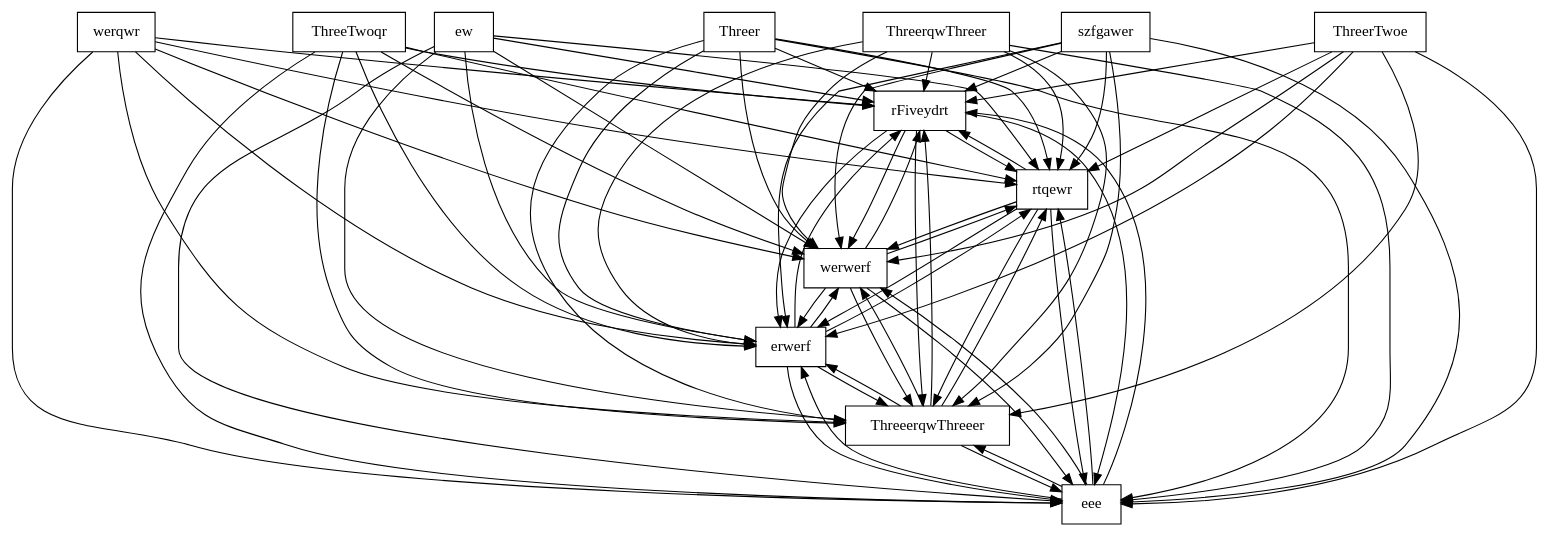
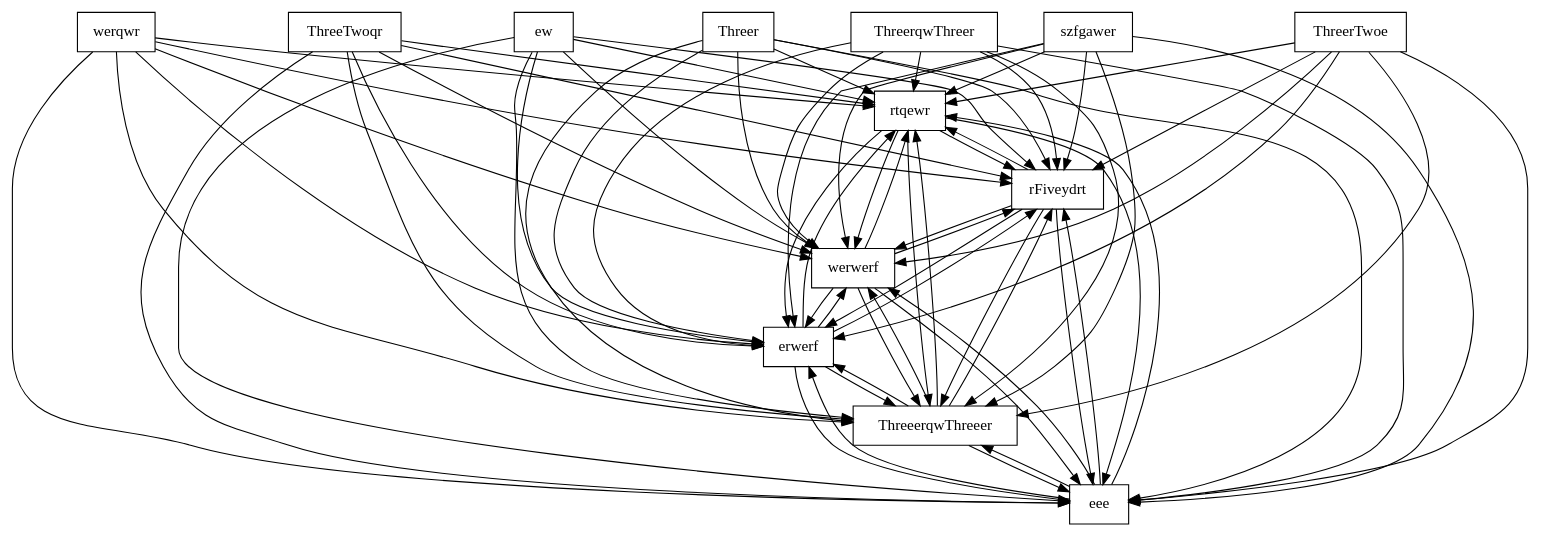
Before and after one commit to FAMILIAR-project/familiar-language: the diagram in FAMILIAR/output/SPLOT-big/fm_116_model_20111129_1932950448.xml.dot, drawn with Graphviz. The commit also changed 44 other files, not shown here.

```diff
--- a/FAMILIAR/output/SPLOT-big/fm_116_model_20111129_1932950448.xml.dot
+++ b/FAMILIAR/output/SPLOT-big/fm_116_model_20111129_1932950448.xml.dot
@@ -1,90 +1,90 @@
 digraph{
 graph [rankdir=TB];
 node [shape=box];
 edge [arrowhead=normal];
 0[label="ew",]
 1[label="ThreeTwoqr",]
 2[label="ThreerqwThreer",]
 3[label="werqwr",]
 4[label="Threer",]
 5[label="szfgawer",]
-6[label="rFiveydrt",]
-7[label="rtqewr",]
+6[label="rtqewr",]
+7[label="rFiveydrt",]
 8[label="eee",]
 9[label="ThreeerqwThreeer",]
 10[label="erwerf",]
 11[label="werwerf",]
 12[label="ThreerTwoe",]
 0->6[label="",]
 0->7[label="",]
 0->8[label="",]
 0->9[label="",]
 0->10[label="",]
 0->11[label="",]
 1->6[label="",]
 1->7[label="",]
 1->8[label="",]
 1->9[label="",]
 1->10[label="",]
 1->11[label="",]
 2->6[label="",]
 2->7[label="",]
 2->8[label="",]
 2->9[label="",]
 2->10[label="",]
 2->11[label="",]
 3->6[label="",]
 3->7[label="",]
 3->8[label="",]
 3->9[label="",]
 3->10[label="",]
 3->11[label="",]
 4->6[label="",]
 4->7[label="",]
 4->8[label="",]
 4->9[label="",]
 4->10[label="",]
 4->11[label="",]
 5->6[label="",]
 5->7[label="",]
 5->8[label="",]
 5->9[label="",]
 5->10[label="",]
 5->11[label="",]
 6->7[label="",]
 6->8[label="",]
 6->9[label="",]
 6->10[label="",]
 6->11[label="",]
 7->6[label="",]
 7->8[label="",]
 7->9[label="",]
 7->10[label="",]
 7->11[label="",]
 8->6[label="",]
 8->7[label="",]
 8->9[label="",]
 8->10[label="",]
 8->11[label="",]
 9->6[label="",]
 9->7[label="",]
 9->8[label="",]
 9->10[label="",]
 9->11[label="",]
 10->6[label="",]
 10->7[label="",]
 10->8[label="",]
 10->9[label="",]
 10->11[label="",]
 11->6[label="",]
 11->7[label="",]
 11->8[label="",]
 11->9[label="",]
 11->10[label="",]
 12->6[label="",]
 12->7[label="",]
 12->8[label="",]
 12->9[label="",]
 12->10[label="",]
 12->11[label="",]
 }
```
